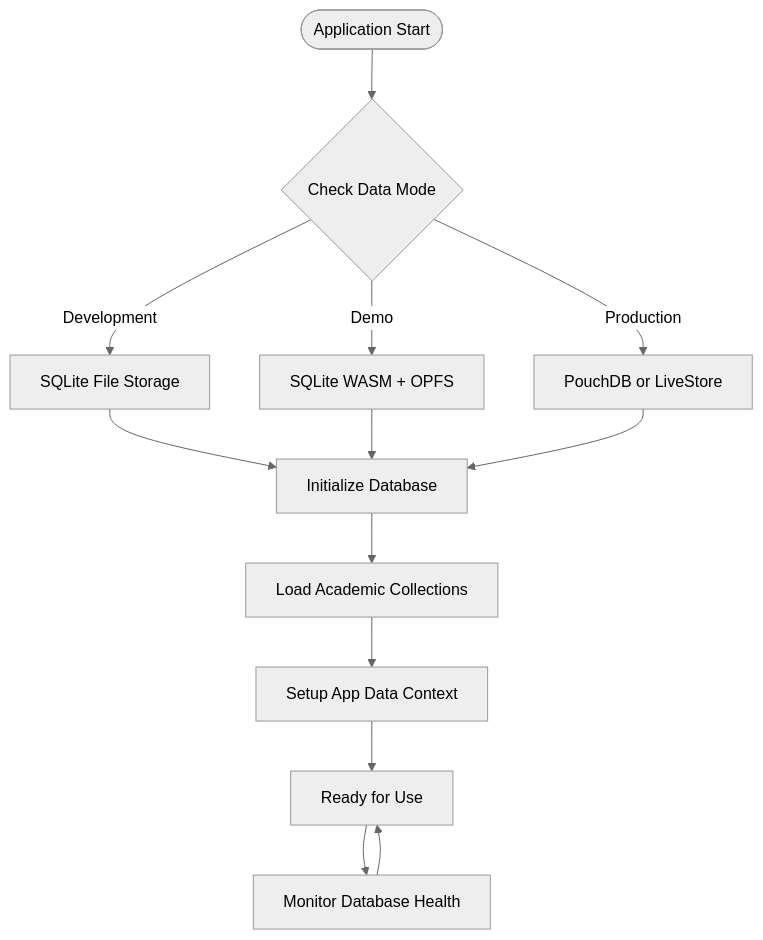
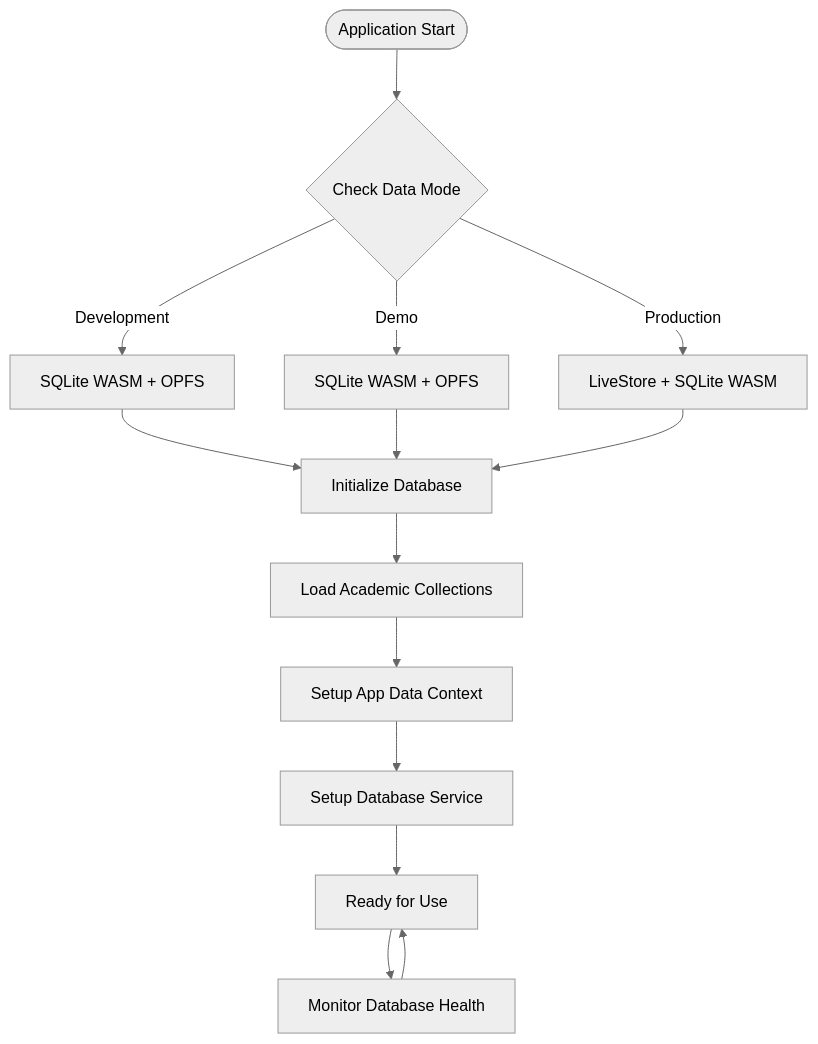
One commit to geniusdynamics/schoolpilot changed the second of 10 diagrams in .qoder/repowiki/en/content/Academic Data Management.md. Above: the diagram before and after it, drawn with Mermaid (neutral theme). The commit also changed other lines of this file and 16 other files, not shown here.

````diff
--- a/.qoder/repowiki/en/content/Academic Data Management.md
+++ b/.qoder/repowiki/en/content/Academic Data Management.md
@@ -92,15 +110,16 @@
 ```mermaid
 flowchart TD
 Start([Application Start]) --> CheckMode{Check Data Mode}
-CheckMode --> |Development| DevConfig[SQLite File Storage]
+CheckMode --> |Development| DevConfig[SQLite WASM + OPFS]
 CheckMode --> |Demo| DemoConfig[SQLite WASM + OPFS]
-CheckMode --> |Production| ProdConfig[PouchDB or LiveStore]
+CheckMode --> |Production| ProdConfig[LiveStore + SQLite WASM]
 DevConfig --> InitDB[Initialize Database]
 DemoConfig --> InitDB
 ProdConfig --> InitDB
 InitDB --> LoadCollections[Load Academic Collections]
 LoadCollections --> SetupContext[Setup App Data Context]
-SetupContext --> Ready[Ready for Use]
+SetupContext --> SetupService[Setup Database Service]
+SetupService --> Ready[Ready for Use]
 Ready --> Monitor[Monitor Database Health]
 Monitor --> Ready
 ```
````
